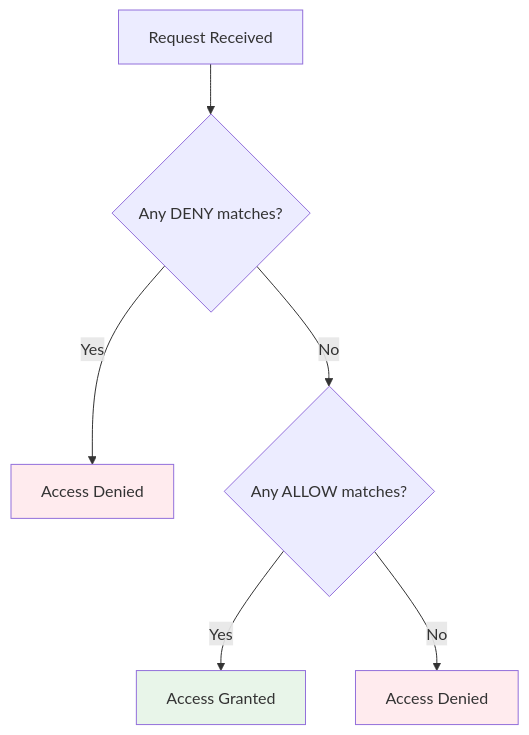
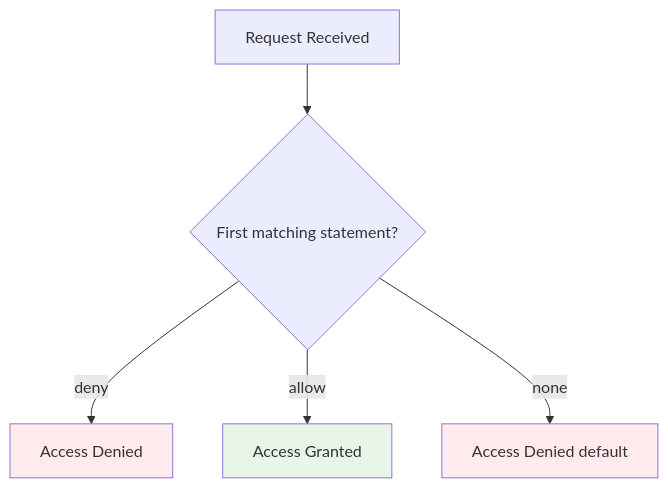
One commit to vm-x-ai/vm-x-ai changed the diagram in docs/docs/security/policy.md. Above: the diagram before and after it, drawn with Mermaid. The commit also changed other lines of this file and 687 other files, not shown here.

````diff
--- a/docs/docs/security/policy.md
+++ b/docs/docs/security/policy.md
@@ -385,12 +429,11 @@
 ```mermaid
 flowchart TD
-    A[Request Received] --> B{Any DENY matches?}
-    B -->|Yes| C[Access Denied]
-    B -->|No| D{Any ALLOW matches?}
-    D -->|Yes| E[Access Granted]
-    D -->|No| F[Access Denied]
+    A[Request Received] --> B{First matching statement?}
+    B -->|deny| C[Access Denied]
+    B -->|allow| E[Access Granted]
+    B -->|none| F[Access Denied default]
 
     style C fill:#ffebee
     style E fill:#e8f5e9
     style F fill:#ffebee
 ```
````
